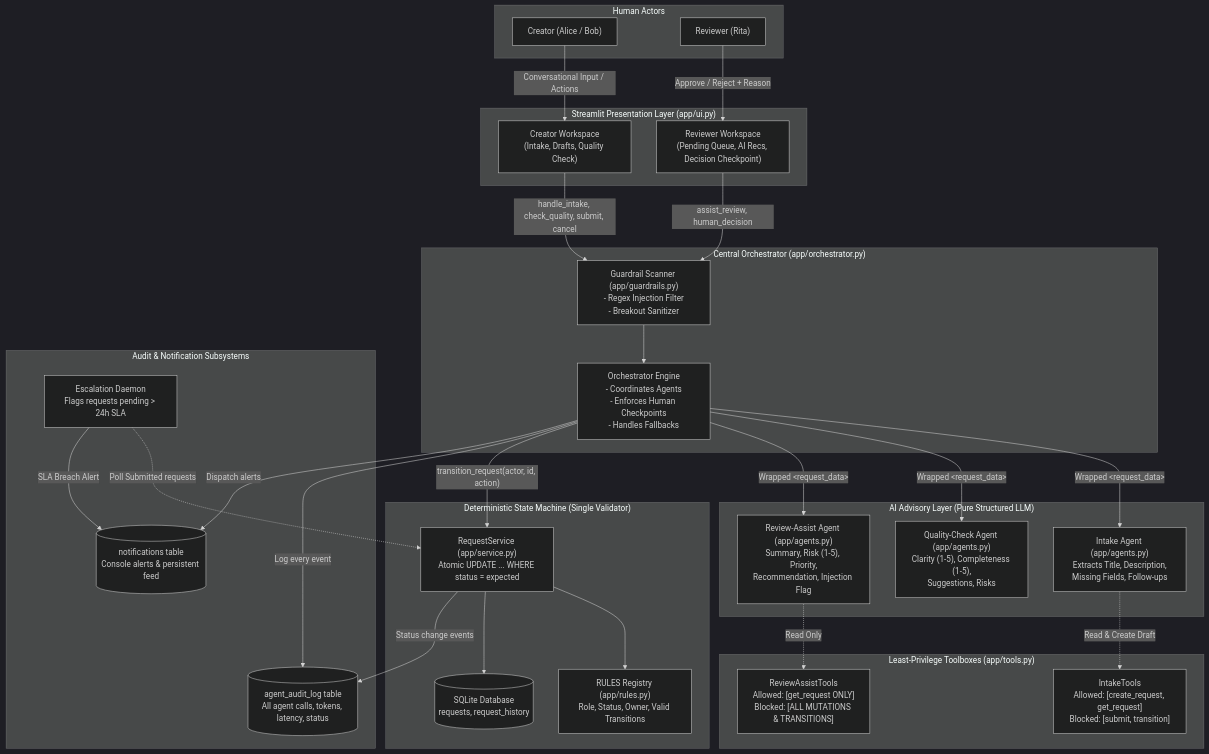
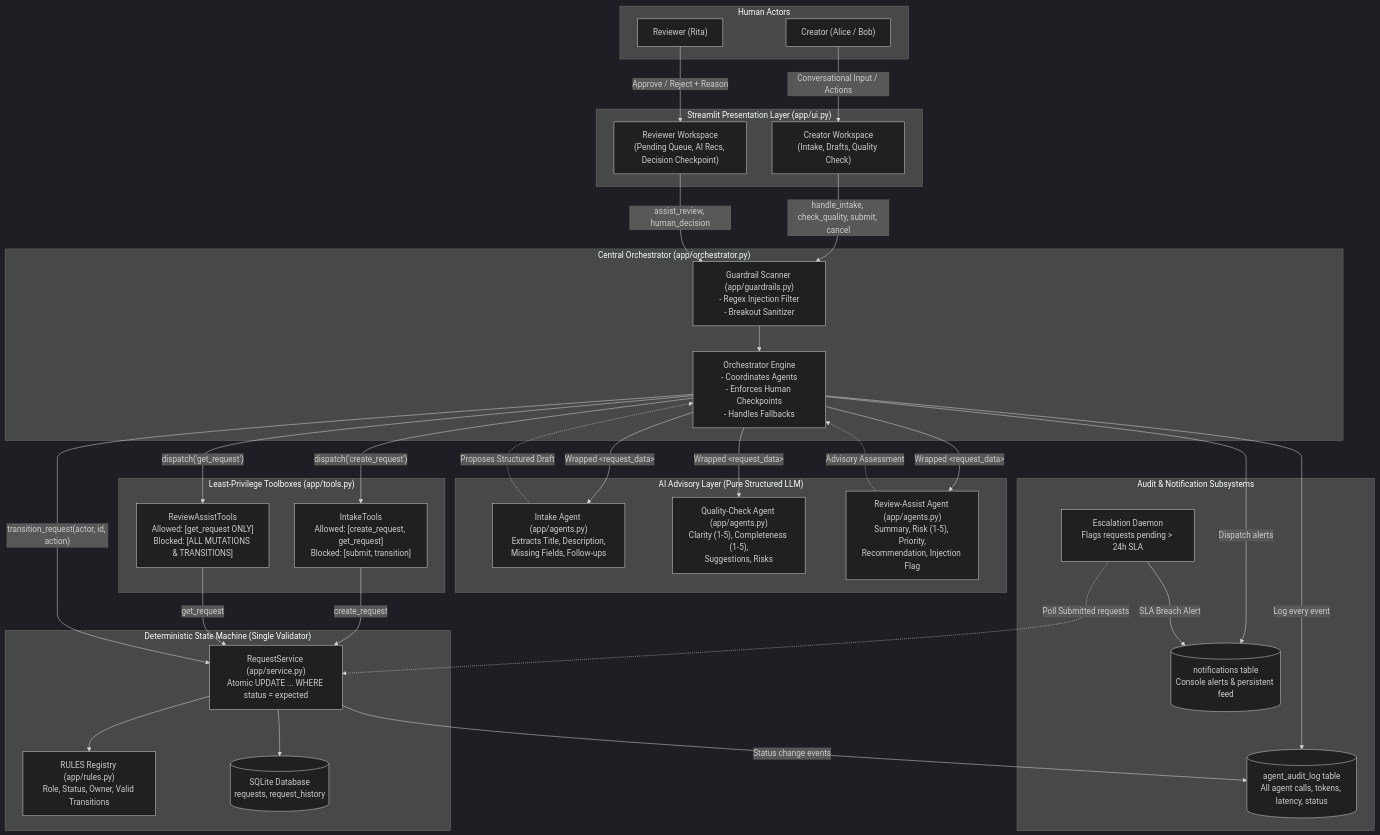
Before and after one commit to ShanmukhSrinivasAppana-blip/prewise-approval-flow: the diagram in docs/flowchart.mmd, drawn with Mermaid (dark theme). The commit also changed 17 other files, not shown here.

Commit message:
Wire least-privilege toolboxes, fix injection warning banner and escalation timer, guard mock fallback, and evaluate regex false positives

```diff
--- a/docs/flowchart.mmd
+++ b/docs/flowchart.mmd
@@ -1,68 +1,73 @@
 flowchart TD
     subgraph Users["Human Actors"]
         Creator["Creator (Alice / Bob)"]
         Reviewer["Reviewer (Rita)"]
     end
 
     subgraph UI["Streamlit Presentation Layer (app/ui.py)"]
         CreatorView["Creator Workspace\n(Intake, Drafts, Quality Check)"]
         ReviewerView["Reviewer Workspace\n(Pending Queue, AI Recs, Decision Checkpoint)"]
     end
 
     subgraph Orchestration["Central Orchestrator (app/orchestrator.py)"]
         GuardrailScanner["Guardrail Scanner (app/guardrails.py)\n- Regex Injection Filter\n- Breakout Sanitizer"]
         OrchestratorCore["Orchestrator Engine\n- Coordinates Agents\n- Enforces Human Checkpoints\n- Handles Fallbacks"]
     end
 
     subgraph Agents["AI Advisory Layer (Pure Structured LLM)"]
         IntakeAgent["Intake Agent (app/agents.py)\nExtracts Title, Description,\nMissing Fields, Follow-ups"]
         QualityAgent["Quality-Check Agent (app/agents.py)\nClarity (1-5), Completeness (1-5),\nSuggestions, Risks"]
         ReviewAgent["Review-Assist Agent (app/agents.py)\nSummary, Risk (1-5), Priority,\nRecommendation, Injection Flag"]
     end
 
     subgraph Toolboxes["Least-Privilege Toolboxes (app/tools.py)"]
         IntakeTools["IntakeTools\nAllowed: [create_request, get_request]\nBlocked: [submit, transition]"]
         ReviewTools["ReviewAssistTools\nAllowed: [get_request ONLY]\nBlocked: [ALL MUTATIONS & TRANSITIONS]"]
     end
 
     subgraph DeterministicCore["Deterministic State Machine (Single Validator)"]
         Service["RequestService (app/service.py)\nAtomic UPDATE ... WHERE status = expected"]
         Rules["RULES Registry (app/rules.py)\nRole, Status, Owner, Valid Transitions"]
         SQLiteDB[(SQLite Database\nrequests, request_history)]
     end
 
     subgraph Observability["Audit & Notification Subsystems"]
         AuditLog[(agent_audit_log table\nAll agent calls, tokens, latency, status)]
         NotifManager[(notifications table\nConsole alerts & persistent feed)]
         EscalationDaemon["Escalation Daemon\nFlags requests pending > 24h SLA"]
     end
 
     %% User to UI
     Creator -->|"Conversational Input / Actions"| CreatorView
     Reviewer -->|"Approve / Reject + Reason"| ReviewerView
 
     %% UI to Orchestration
     CreatorView -->|"handle_intake, check_quality, submit, cancel"| GuardrailScanner
     ReviewerView -->|"assist_review, human_decision"| GuardrailScanner
     GuardrailScanner --> OrchestratorCore
 
     %% Orchestrator to Agents
     OrchestratorCore -->|"Wrapped &lt;request_data&gt;"| IntakeAgent
     OrchestratorCore -->|"Wrapped &lt;request_data&gt;"| QualityAgent
     OrchestratorCore -->|"Wrapped &lt;request_data&gt;"| ReviewAgent
 
-    %% Agents & Toolboxes
-    IntakeAgent -.->|"Read & Create Draft"| IntakeTools
-    ReviewAgent -.->|"Read Only"| ReviewTools
+    %% Agents & Toolboxes (Least-Privilege Execution)
+    IntakeAgent -.->|"Proposes Structured Draft"| OrchestratorCore
+    ReviewAgent -.->|"Advisory Assessment"| OrchestratorCore
+    OrchestratorCore -->|"dispatch('create_request')"| IntakeTools
+    OrchestratorCore -->|"dispatch('get_request')"| ReviewTools
+    IntakeTools -->|"create_request"| Service
+    ReviewTools -->|"get_request"| Service
 
-    %% Orchestrator to State Machine
+    %% Orchestrator to State Machine (Human Transitions Only)
     OrchestratorCore -->|"transition_request(actor, id, action)"| Service
     Service --> Rules
     Service --> SQLiteDB
+
 
     %% Observability taps
     OrchestratorCore -->|"Log every event"| AuditLog
     OrchestratorCore -->|"Dispatch alerts"| NotifManager
     Service -->|"Status change events"| AuditLog
     EscalationDaemon -.->|"Poll Submitted requests"| Service
     EscalationDaemon -->|"SLA Breach Alert"| NotifManager
```
